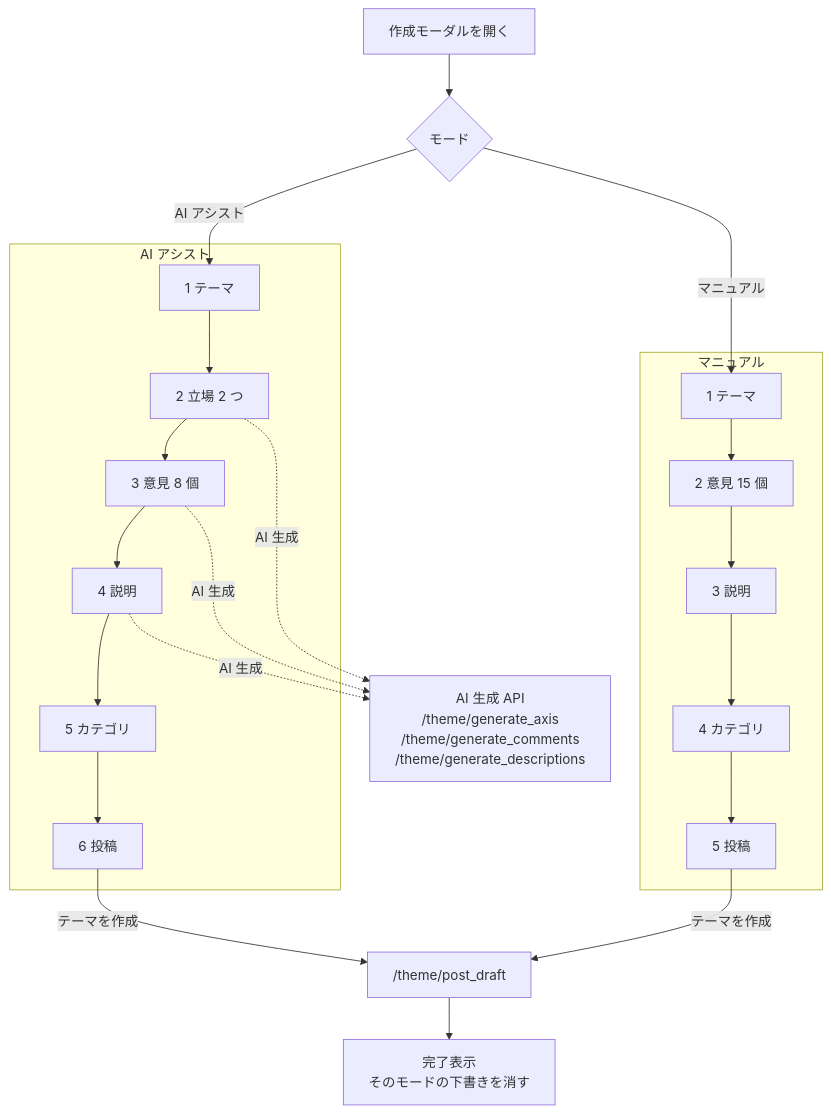
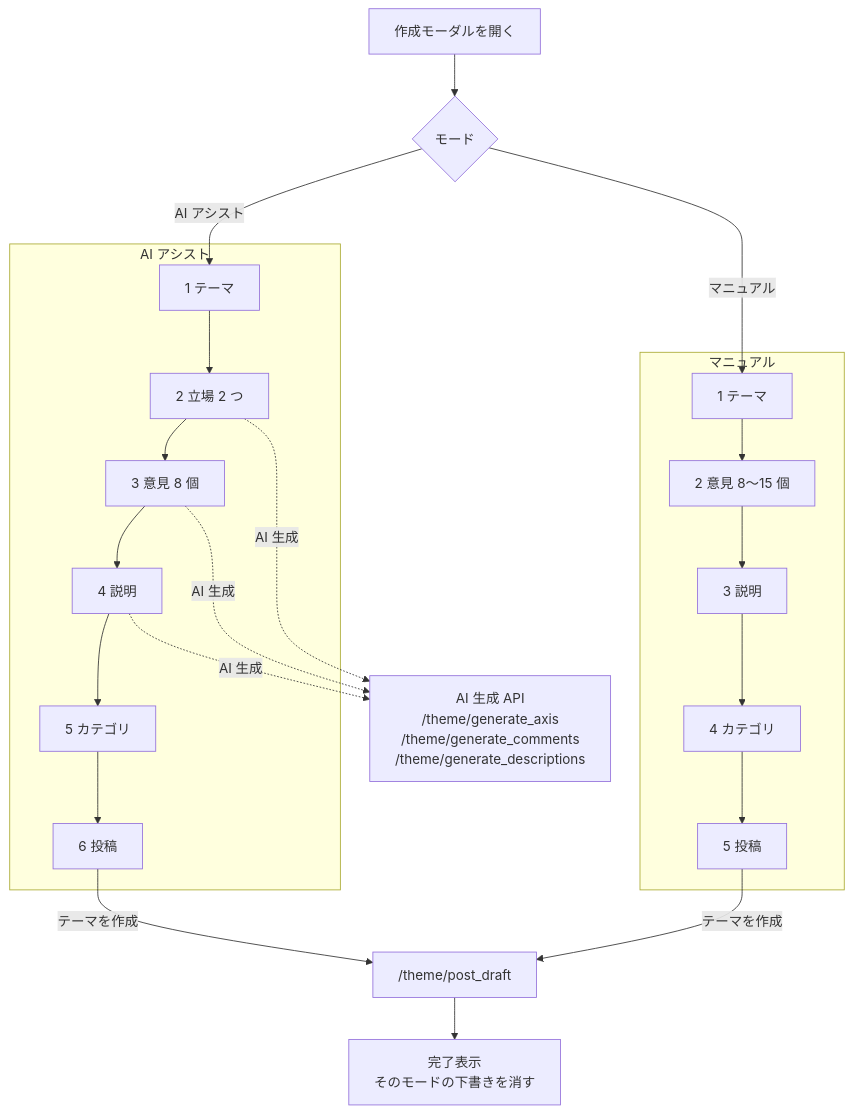
One commit to PolisJAPAN/PolisJAPAN changed the seventh of 8 diagrams in docs/クライアント設計.md. Above: the diagram before and after it, drawn with Mermaid. The commit also changed other lines of this file and 5 other files, not shown here.

````diff
--- a/docs/クライアント設計.md
+++ b/docs/クライアント設計.md
@@ -463,23 +463,23 @@
 ```mermaid
 flowchart TD
   openM["作成モーダルを開く"]
   mode{"モード"}
   subgraph sgAi["AI アシスト"]
     a1["1 テーマ"] --> a2["2 立場 2 つ"] --> a3["3 意見 8 個"] --> a4["4 説明"] --> a5["5 カテゴリ"] --> a6["6 投稿"]
   end
   subgraph sgMan["マニュアル"]
-    m1["1 テーマ"] --> m2["2 意見 15 個"] --> m3["3 説明"] --> m4["4 カテゴリ"] --> m5["5 投稿"]
+    m1["1 テーマ"] --> m2["2 意見 8〜15 個"] --> m3["3 説明"] --> m4["4 カテゴリ"] --> m5["5 投稿"]
   end
   gen["AI 生成 API<br/>/theme/generate_axis<br/>/theme/generate_comments<br/>/theme/generate_descriptions"]
   post["/theme/post_draft"]
   done["完了表示<br/>そのモードの下書きを消す"]
   openM --> mode
   mode -->|"AI アシスト"| a1
   mode -->|"マニュアル"| m1
   a2 -.->|"AI 生成"| gen
   a3 -.->|"AI 生成"| gen
   a4 -.->|"AI 生成"| gen
   a6 -->|"テーマを作成"| post
   m5 -->|"テーマを作成"| post
   post --> done
 ```
````
